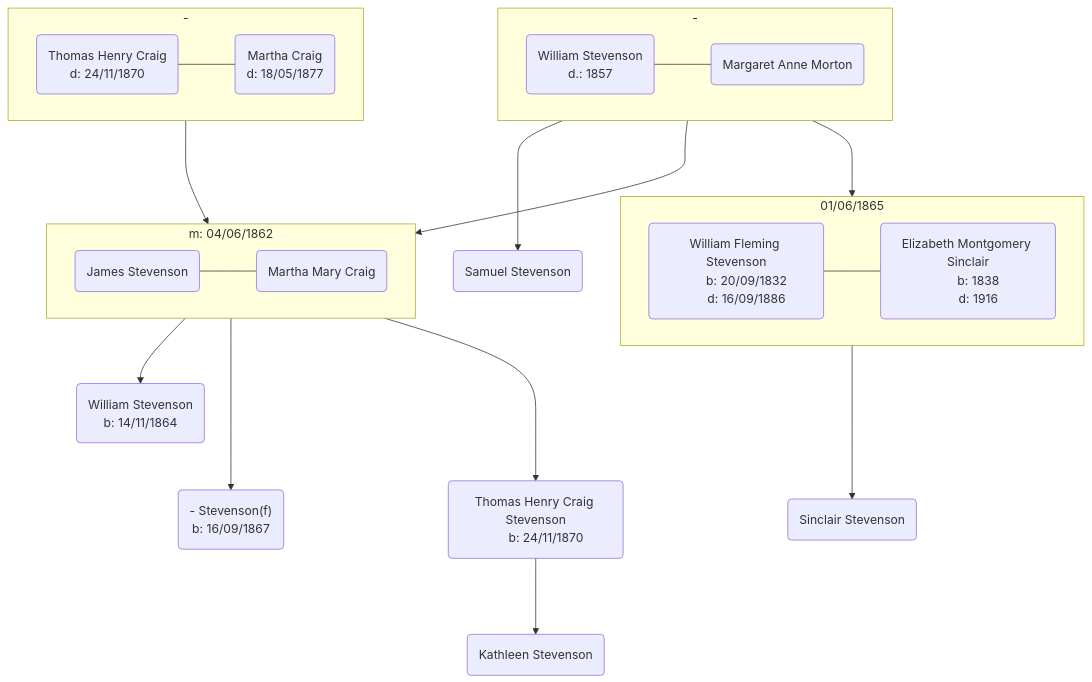
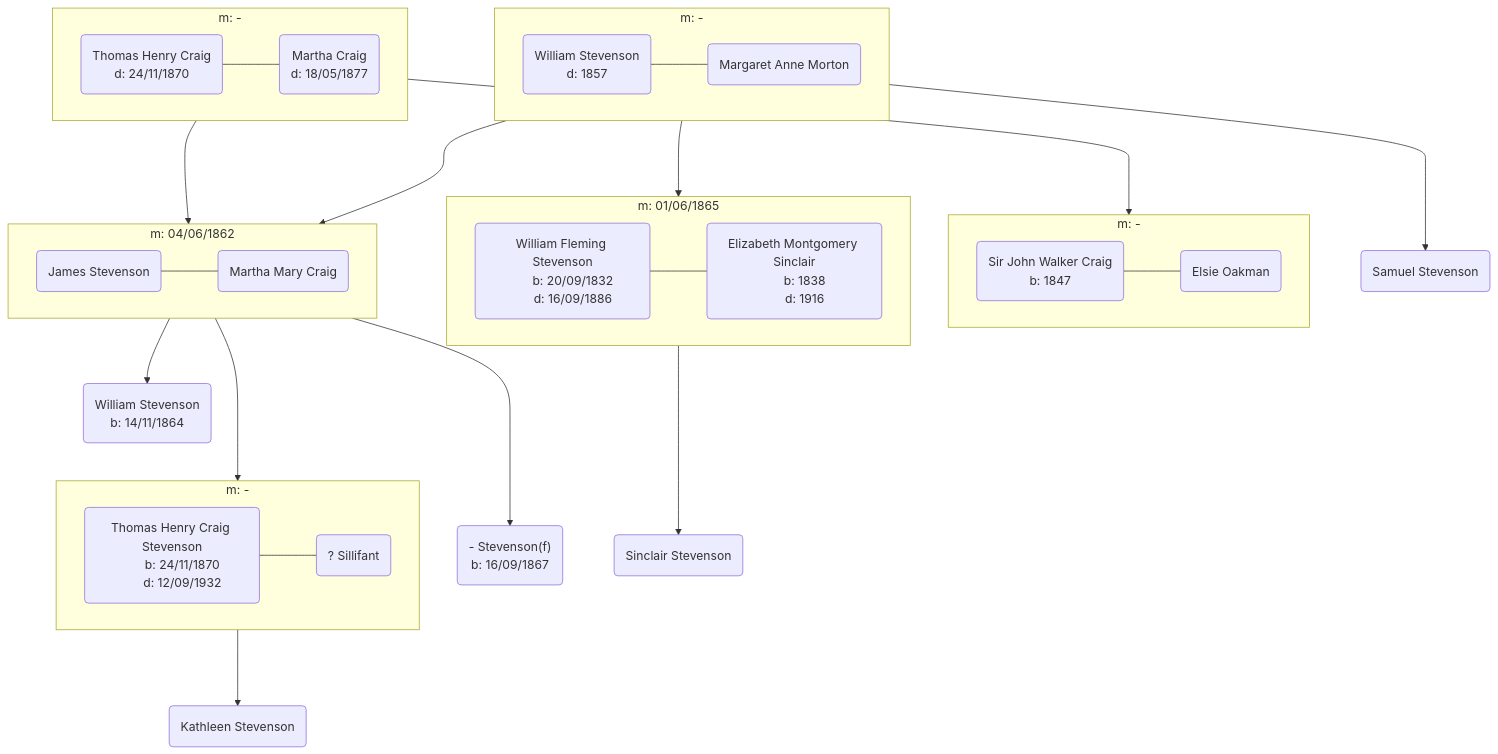
One commit to a1ecbr0wn/ancestry changed the diagram in Kathleen-Stevenson/kathleen-stevenson.md. Above: the diagram before and after it, drawn with Mermaid. The commit also changed other lines of this file and 9 other files, not shown here.

Commit message:
More Craig and Stevenson details, and Stevenson citations

````diff
--- a/Kathleen-Stevenson/kathleen-stevenson.md
+++ b/Kathleen-Stevenson/kathleen-stevenson.md
@@ -5,52 +5,66 @@
 ```mermaid
 flowchart TB
     ws1("William Stevenson
-      d.: 1857")
+      d: 1857")
     mam("Margaret Anne Morton")
-    subgraph ws1mam["-"]
+    subgraph ws1mam["m: -"]
         direction LR
         ws1 ---mam
     end
     thc("Thomas Henry Craig
       d: 24/11/1870")
     mc("Martha Craig
       d: 18/05/1877")
-    subgraph thcmc["-"]
+    subgraph thcmc["m: -"]
         direction LR
         thc ---mc
+    end
+    jwc("Sir John Walker Craig
+      b: 1847")
+    thcmc --->jwc
+    eo("Elsie Oakman")
+    subgraph jwceo["m: -"]
+        direction LR
+        jwc ---eo
     end
     mmc("Martha Mary Craig")    
     thcmc --->mmc
     ss("Samuel Stevenson")
     ws1mam --->ss
     wfs("William Fleming Stevenson
       b: 20/09/1832
       d: 16/09/1886")
     ws1mam --->wfs
     ems("Elizabeth Montgomery Sinclair
       b: 1838
       d: 1916")
-    subgraph wfsem["01/06/1865"]
+    subgraph wfsem["m: 01/06/1865"]
         direction LR
         wfs ---ems
     end
-    sis("Sinclair Stevenson")
-    wfsem --->sis
     js("James Stevenson")
     ws1mam --->js
     subgraph jsmc["m: 04/06/1862"]
         direction LR
         js ---mmc
     end
     ws3("William Stevenson
       b: 14/11/1864")
     jsmc -->ws3
     fs("- Stevenson(f)
       b: 16/09/1867")
     jsmc --->fs
+    sis("Sinclair Stevenson")
+    wfsem --->sis
     thcs("Thomas Henry Craig Stevenson
-      b: 24/11/1870")
+      b: 24/11/1870
+      d: 12/09/1932")
+    s("? Sillifant")
     jsmc --->thcs
+    subgraph thcss["m: -"]
+        direction LR
+        thcs ---s
+    end
     ks("Kathleen Stevenson")
-    thcs --->ks
+    thcss --->ks
 ```
````
